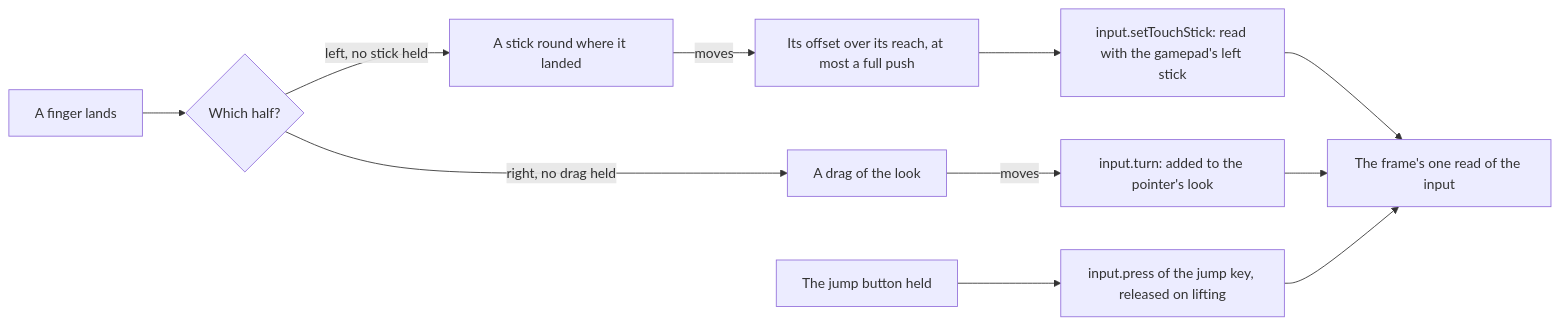
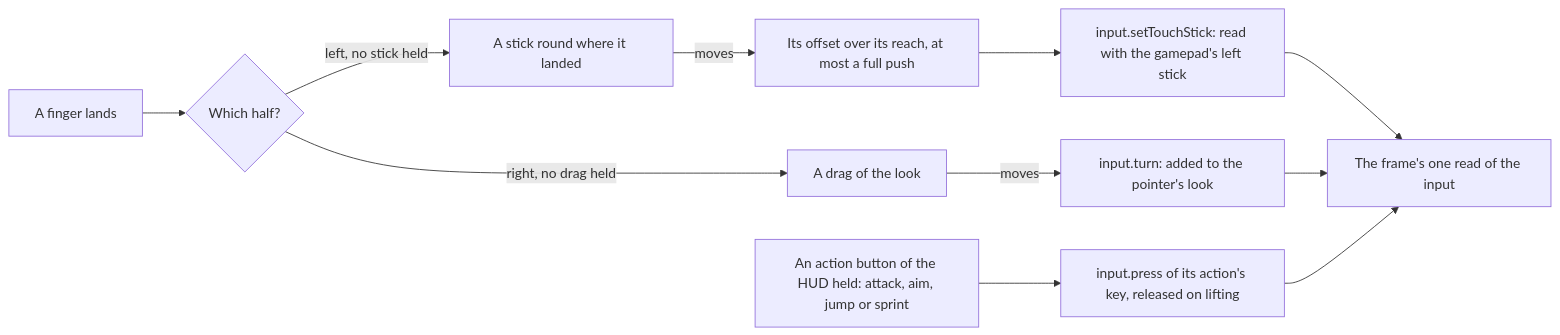
The diagram in apps/web/content/docs/genshin/touch-controls.md (Esposter/Esposter), drawn with Mermaid before and after one commit. The commit also changed other lines of this file and 21 other files, not shown here.

````diff
--- a/apps/web/content/docs/genshin/touch-controls.md
+++ b/apps/web/content/docs/genshin/touch-controls.md
@@ -12,13 +12,13 @@
 ```mermaid
 flowchart LR
   DOWN["A finger lands"] --> HALF{"Which half?"}
   HALF -->|"left, no stick held"| STICK["A stick round where it landed"]
   HALF -->|"right, no drag held"| DRAG["A drag of the look"]
   STICK -->|"moves"| AXES["Its offset over its reach, at most a full push"]
   AXES --> SET["input.setTouchStick: read with the gamepad's left stick"]
   DRAG -->|"moves"| TURN["input.turn: added to the pointer's look"]
-  JUMP["The jump button held"] --> PRESS["input.press of the jump key, released on lifting"]
+  JUMP["An action button of the HUD held: attack, aim, jump or sprint"] --> PRESS["input.press of its action's key, released on lifting"]
   SET --> READ["The frame's one read of the input"]
   TURN --> READ
   PRESS --> READ
 ```
````
